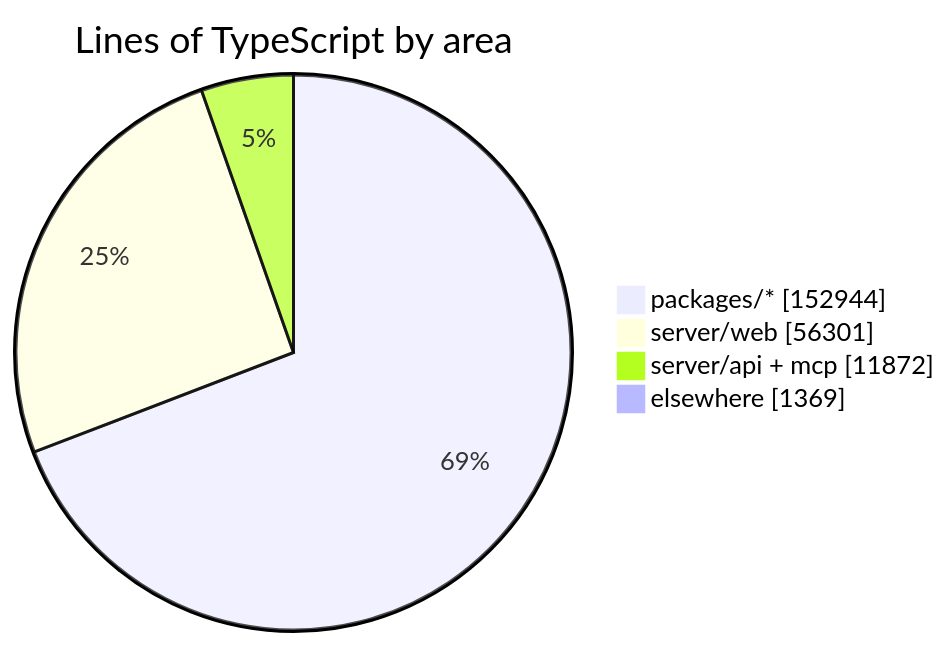
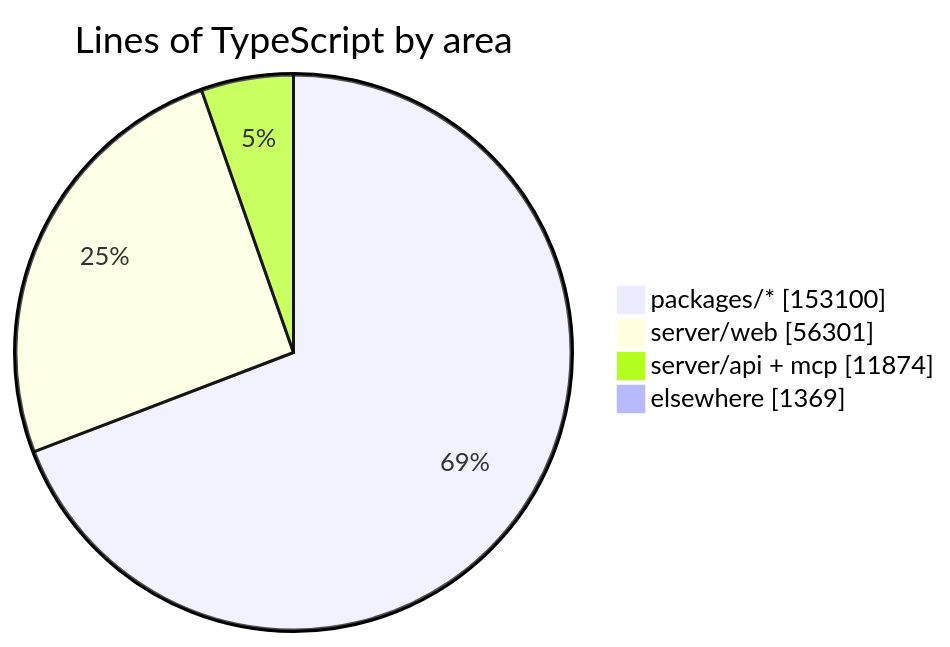
Before and after one commit to crossworks-engineering/mantle: the diagram in README.md, drawn with Mermaid. The commit also changed other lines of this file and 2 other files, not shown here.

````diff
--- a/README.md
+++ b/README.md
@@ -279,7 +279,7 @@
 ```mermaid
 pie showData title Lines of TypeScript by area
-    "packages/*" : 152944
+    "packages/*" : 153100
     "server/web" : 56301
-    "server/api + mcp" : 11872
+    "server/api + mcp" : 11874
     "elsewhere" : 1369
 ```
````
